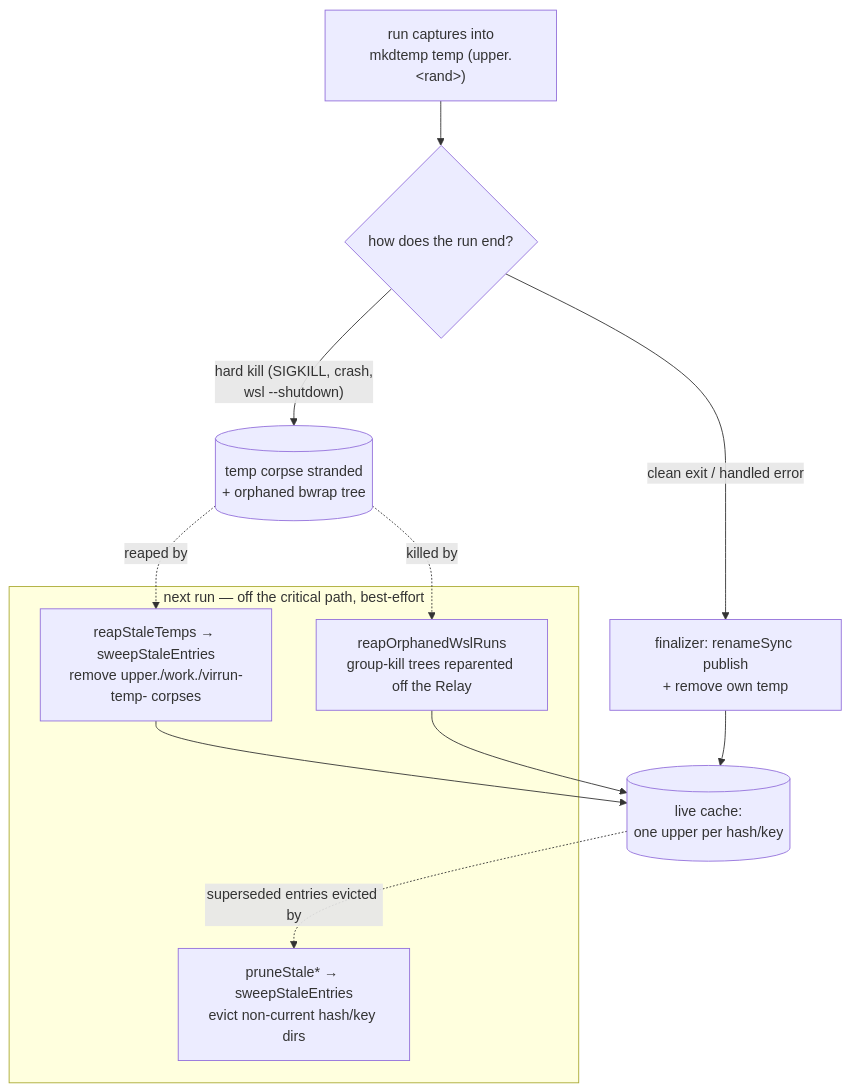
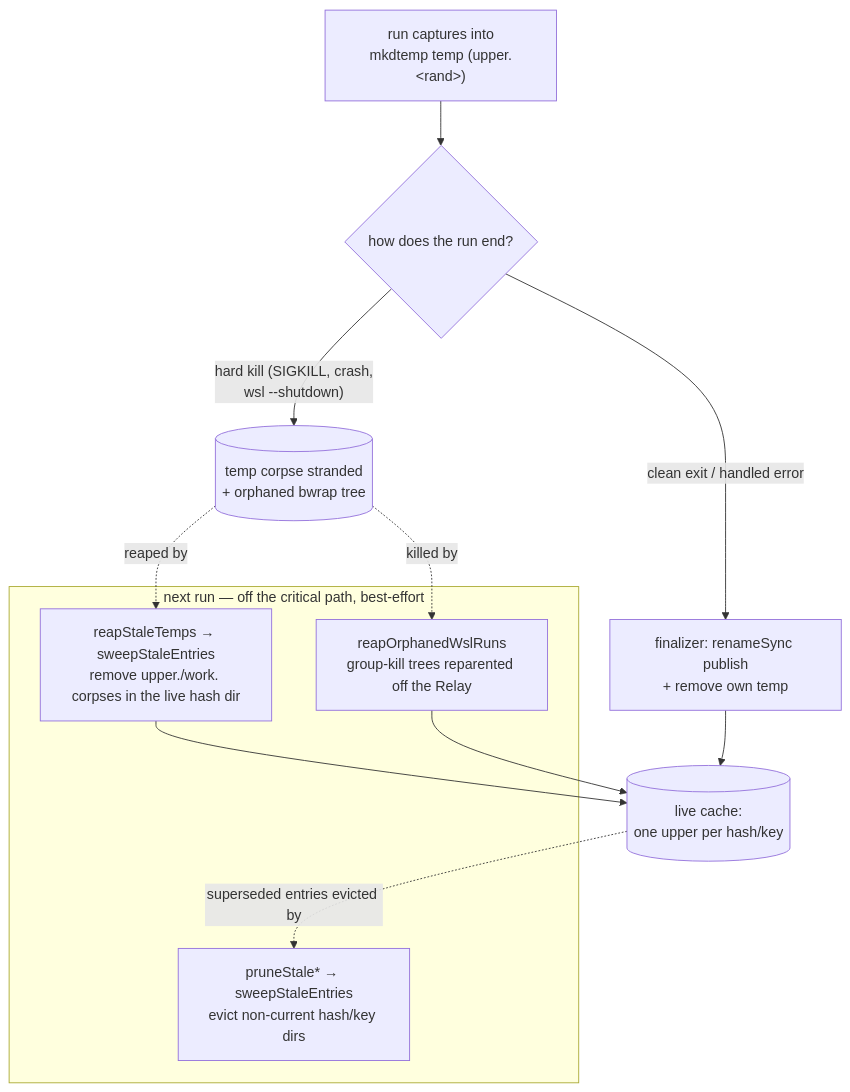
The third of 3 diagrams in features/virrun/architecture.md (Esposter/Esposter), drawn with Mermaid before and after one commit. The commit also changed 4 other files, not shown here.

````diff
--- a/features/virrun/architecture.md
+++ b/features/virrun/architecture.md
@@ -134,20 +134,20 @@
 ```mermaid
 flowchart TB
     start["run captures into<br/>mkdtemp temp (upper.&lt;rand&gt;)"] --> exit{"how does the run end?"}
     exit -->|"clean exit / handled error"| fin["finalizer: renameSync publish<br/>+ remove own temp"]
     exit -->|"hard kill (SIGKILL, crash,<br/>wsl --shutdown)"| leak[("temp corpse stranded<br/>+ orphaned bwrap tree")]
 
     fin --> live[("live cache:<br/>one upper per hash/key")]
 
     subgraph next["next run — off the critical path, best-effort"]
         prune["pruneStale* → sweepStaleEntries<br/>evict non-current hash/key dirs"]
-        reap["reapStaleTemps → sweepStaleEntries<br/>remove upper./work./virrun-temp- corpses"]
+        reap["reapStaleTemps → sweepStaleEntries<br/>remove upper./work. corpses in the live hash dir"]
         orphan["reapOrphanedWslRuns<br/>group-kill trees reparented off the Relay"]
     end
 
     leak -.reaped by.-> reap
     leak -.killed by.-> orphan
     live -.superseded entries evicted by.-> prune
     reap --> live
     orphan --> live
 ```
````
